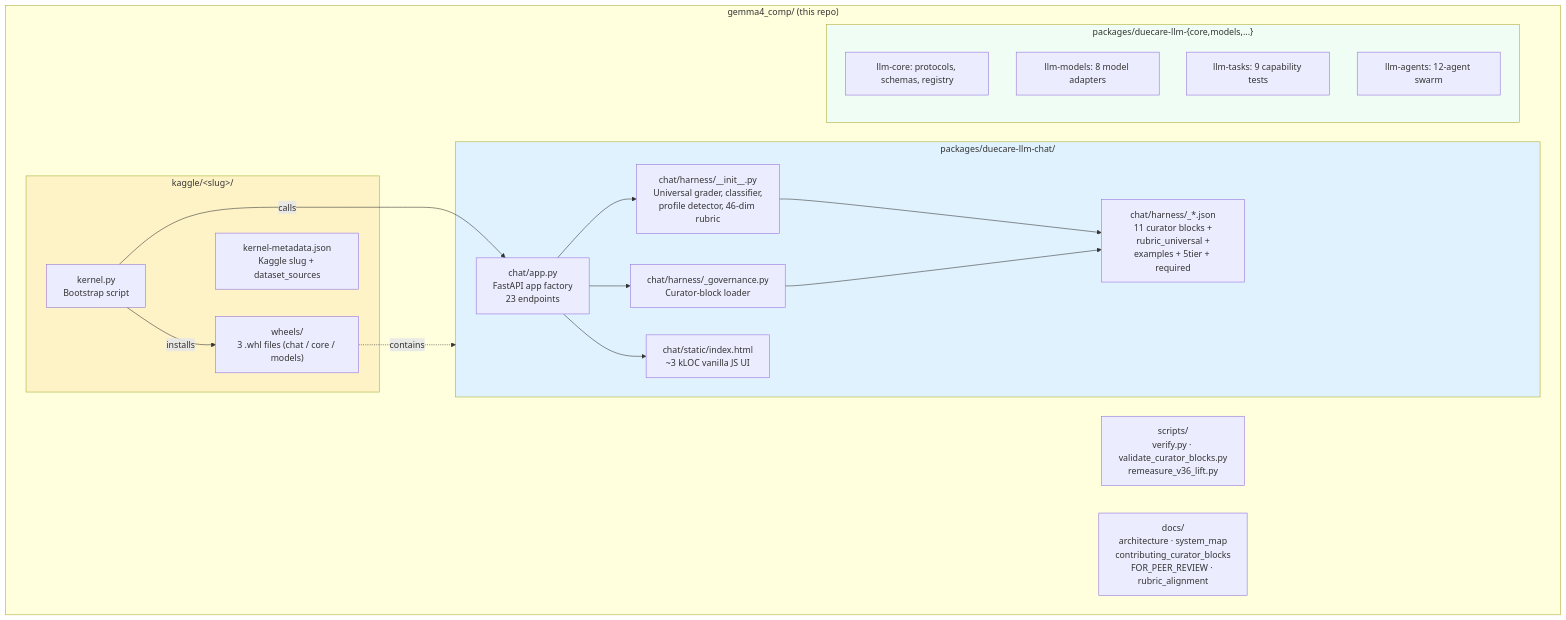
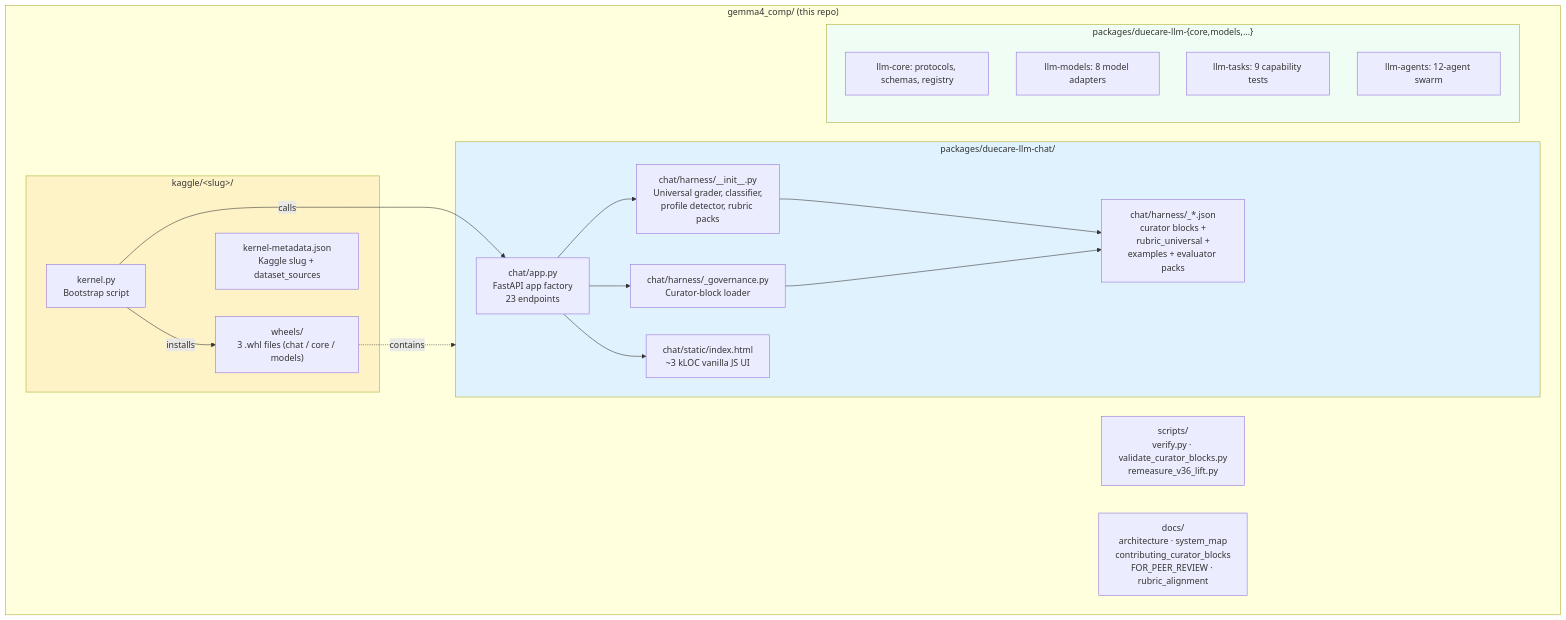
The diagram in docs/component_diagram.md (TaylorAmarelTech/gemma4_comp), drawn with Mermaid before and after one commit. The commit also changed other lines of this file and 79 other files, not shown here.

````diff
--- a/docs/component_diagram.md
+++ b/docs/component_diagram.md
@@ -35,38 +35,38 @@
 ```mermaid
 graph TB
   subgraph repo["gemma4_comp/ (this repo)"]
     subgraph chatpkg["packages/duecare-llm-chat/"]
       app["chat/app.py<br/>FastAPI app factory<br/>23 endpoints"]
       static["chat/static/index.html<br/>~3 kLOC vanilla JS UI"]
-      harness["chat/harness/__init__.py<br/>Universal grader, classifier,<br/>profile detector, 46-dim rubric"]
+      harness["chat/harness/__init__.py<br/>Universal grader, classifier,<br/>profile detector, rubric packs"]
       gov["chat/harness/_governance.py<br/>Curator-block loader"]
-      json_curator["chat/harness/_*.json<br/>11 curator blocks +<br/>rubric_universal +<br/>examples + 5tier + required"]
+      json_curator["chat/harness/_*.json<br/>curator blocks +<br/>rubric_universal +<br/>examples + evaluator packs"]
     end
     subgraph kaggle["kaggle/&lt;slug&gt;/"]
       kpy["kernel.py<br/>Bootstrap script"]
       wheels["wheels/<br/>3 .whl files (chat / core / models)"]
       kmeta["kernel-metadata.json<br/>Kaggle slug + dataset_sources"]
     end
     subgraph siblingpkgs["packages/duecare-llm-{core,models,...}"]
       core["llm-core: protocols, schemas, registry"]
       models["llm-models: 8 model adapters"]
       tasks["llm-tasks: 9 capability tests"]
       agents["llm-agents: 12-agent swarm"]
     end
     scripts["scripts/<br/>verify.py · validate_curator_blocks.py<br/>remeasure_v36_lift.py"]
     docs["docs/<br/>architecture · system_map<br/>contributing_curator_blocks<br/>FOR_PEER_REVIEW · rubric_alignment"]
   end
 
   app --> harness
   app --> gov
   harness --> json_curator
   gov --> json_curator
   app --> static
   kpy -->|"installs"| wheels
   wheels -.->|"contains"| chatpkg
   kpy -->|"calls"| app
 
   style chatpkg fill:#e0f2fe
   style kaggle fill:#fef3c7
   style siblingpkgs fill:#f0fdf4
 ```
````
